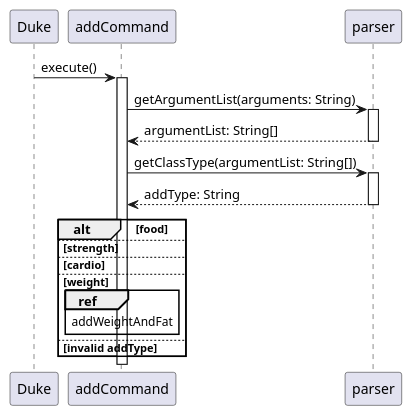
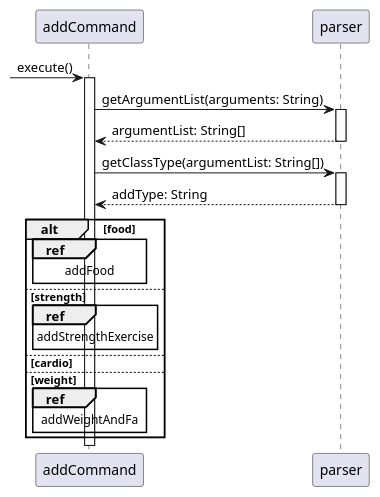
One commit to nus-cs2113-AY2223S1/tp changed the diagram in docs/UmlDiagrams/Add.puml. Above: the diagram before and after it, drawn with PlantUML. The commit also changed 17 other files, not shown here.

```diff
--- a/docs/UmlDiagrams/Add.puml
+++ b/docs/UmlDiagrams/Add.puml
@@ -1,29 +1,28 @@
 @startuml
 'https://plantuml.com/sequence-diagram
 
 autoactivate on
 
 'Duke -> ui: input()
 'User --> ui: user input
 'Duke <-- ui: user input
 
-Duke -> addCommand: execute()
+
+-> addCommand: execute()
 addCommand -> parser: getArgumentList(arguments: String)
 return argumentList: String[]
 addCommand -> parser: getClassType(argumentList: String[])
 return addType: String
 
 alt food
-
+    ref over addCommand: addFood
 else strength
-
+    ref over addCommand: addStrengthExercise
 else cardio
 
 else weight
-    ref over addCommand: addWeightAndFat
-
-else invalid addType
+    ref over addCommand: addWeightAndFa
 
 end
 
 @enduml
```
